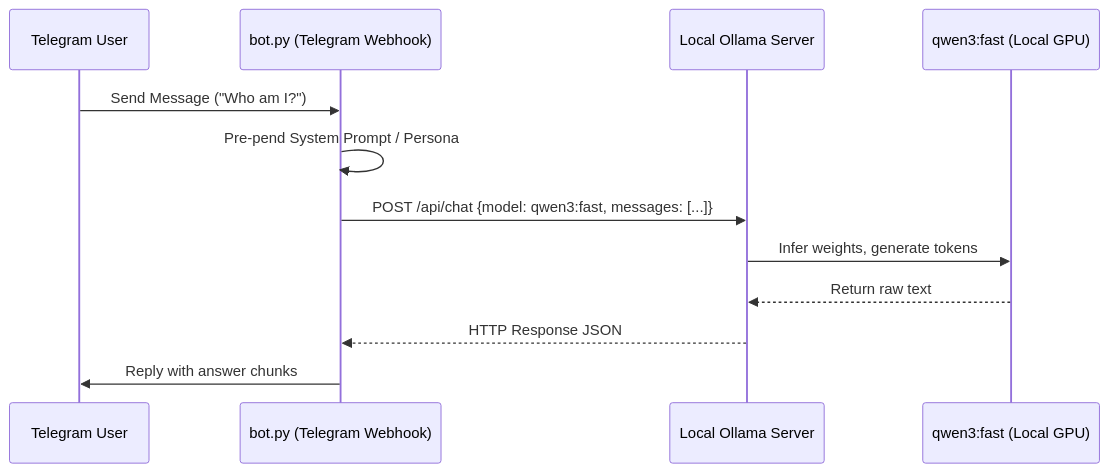
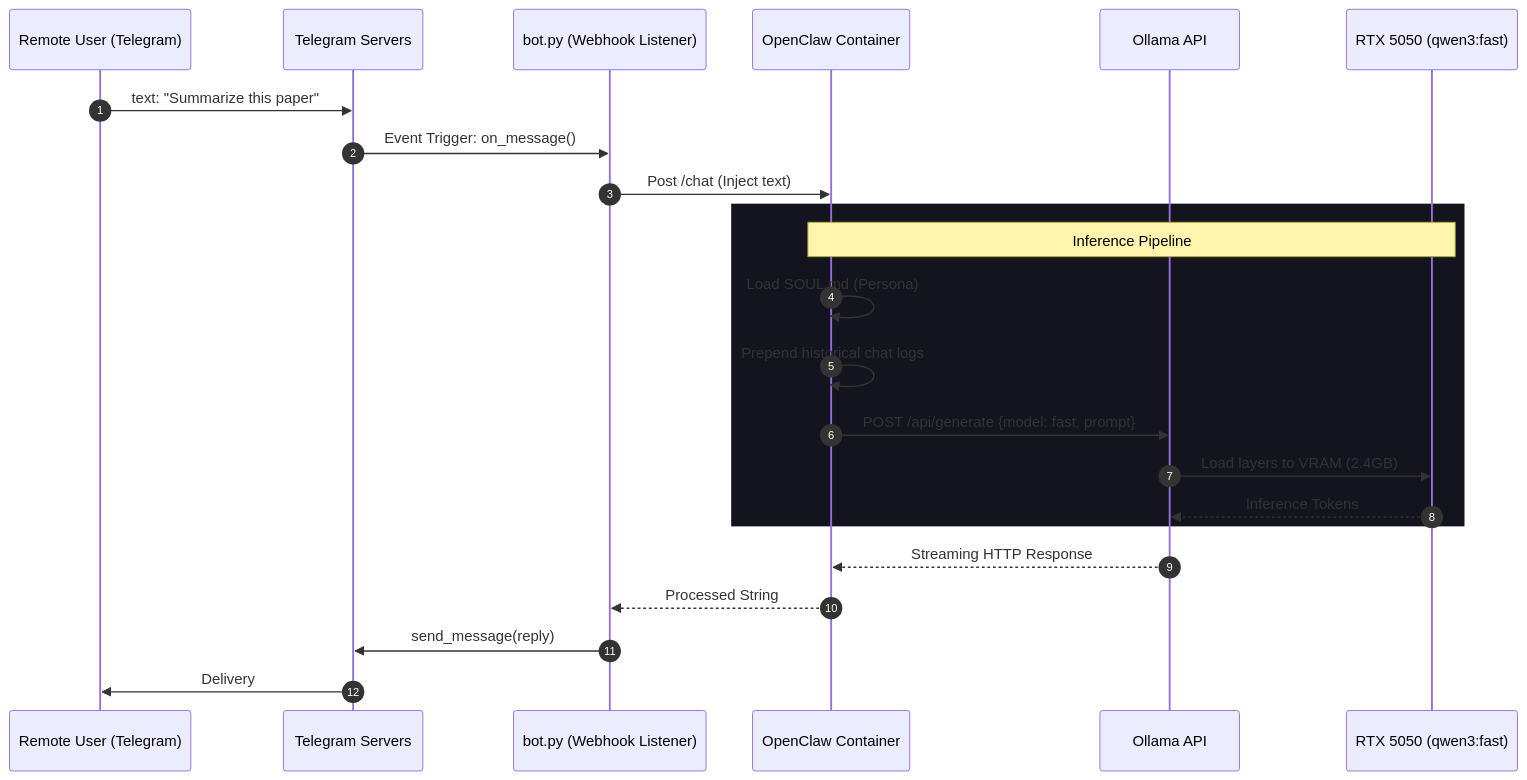
The first of 3 diagrams in DATA_FLOW.md (ArPaN-DS/Personal_Assist), drawn with Mermaid before and after one commit. The commit also changed other lines of this file and 2 other files, not shown here.

````diff
--- a/DATA_FLOW.md
+++ b/DATA_FLOW.md
@@ -7,15 +11,28 @@
 ```mermaid
 sequenceDiagram
-    participant User as Telegram User
-    participant Bot as bot.py (Telegram Webhook)
-    participant Ollama as Local Ollama Server
-    participant Model as qwen3:fast (Local GPU)
+    autonumber
+    participant User as Remote User (Telegram)
+    participant Tele as Telegram Servers
+    participant Python as bot.py (Webhook Listener)
+    participant OpenClaw as OpenClaw Container
+    participant Ollama as Ollama API
+    participant GPU as RTX 5050 (qwen3:fast)
 
-    User->>Bot: Send Message ("Who am I?")
-    Bot->>Bot: Pre-pend System Prompt / Persona
-    Bot->>Ollama: POST /api/chat {model: qwen3:fast, messages: [...]}
-    Ollama->>Model: Infer weights, generate tokens
-    Model-->>Ollama: Return raw text
-    Ollama-->>Bot: HTTP Response JSON
-    Bot->>User: Reply with answer chunks
+    User->>Tele: text: "Summarize this paper"
+    Tele->>Python: Event Trigger: on_message()
+    Python->>OpenClaw: Post /chat (Inject text)
+    
+    rect rgb(20, 20, 30)
+    Note over OpenClaw,GPU: Inference Pipeline
+    OpenClaw->>OpenClaw: Load SOUL.md (Persona)
+    OpenClaw->>OpenClaw: Prepend historical chat logs
+    OpenClaw->>Ollama: POST /api/generate {model: fast, prompt}
+    Ollama->>GPU: Load layers to VRAM (2.4GB)
+    GPU-->>Ollama: Inference Tokens
+    end
+    
+    Ollama-->>OpenClaw: Streaming HTTP Response
+    OpenClaw-->>Python: Processed String
+    Python->>Tele: send_message(reply)
+    Tele->>User: Delivery
 ```
````
